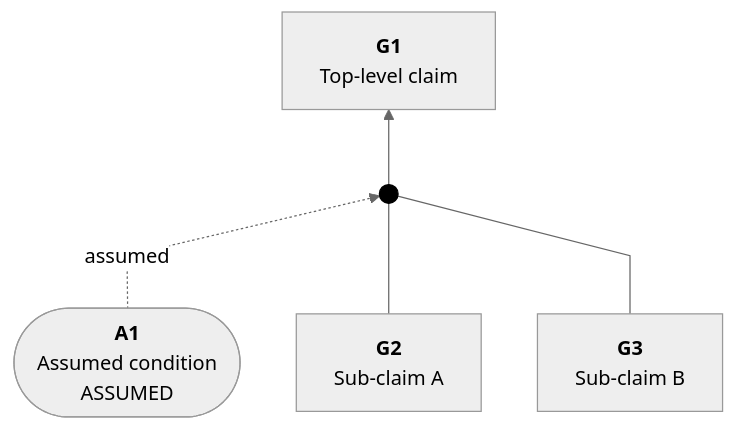
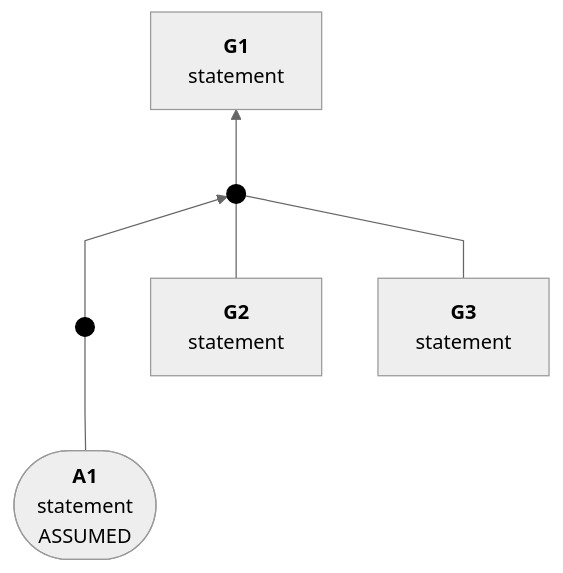
Before and after one commit to coreinfrastructure/best-practices-badge: diagram 13 of 18 in docs/sacm-mermaid.md, drawn with Mermaid. The commit also changed other lines of this file, not shown here.

First line of the commit message:
Sacm mermaid improvements (#2725)

````diff
--- a/docs/sacm-mermaid.md
+++ b/docs/sacm-mermaid.md
@@ -1132,24 +1264,26 @@
 ```mermaid
 ---
 config:
   theme: neutral
   flowchart:
     curve: linear
     htmlLabels: true
     rankSpacing: 60
     nodeSpacing: 45
     padding: 15
 ---
 flowchart BT
     classDef sacmDot fill:#000,stroke:#000
-    G2["<b>G2</b><br>Sub-claim A"]
-    G3["<b>G3</b><br>Sub-claim B"]
-    A1(["<b>A1</b><br>Assumed condition</b><br>ASSUMED"])
+    G1["<b>G1</b><br>statement"]
+    A1(["<b>A1</b><br>statement</b><br>ASSUMED"])
+    G2["<b>G2</b><br>statement"]
+    G3["<b>G3</b><br>statement"]
     Inf1((" ")):::sacmDot
-    G1["<b>G1</b><br>Top-level claim"]
+    Inf2((" ")):::sacmDot
 
-    A1 -. "assumed" .-> Inf1
-    G2 --- Inf1
-    G3 --- Inf1
-    Inf1 --> G1
+    A1 --- Inf1
+    Inf1 --> Inf2
+    G2 --- Inf2
+    G3 --- Inf2
+    Inf2 --> G1
 ```
````
